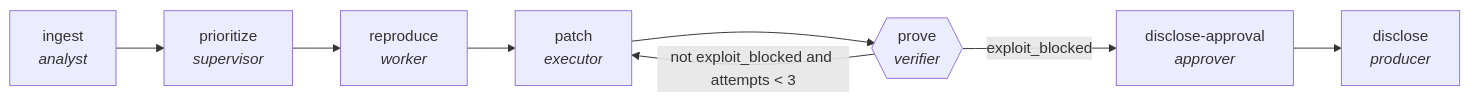
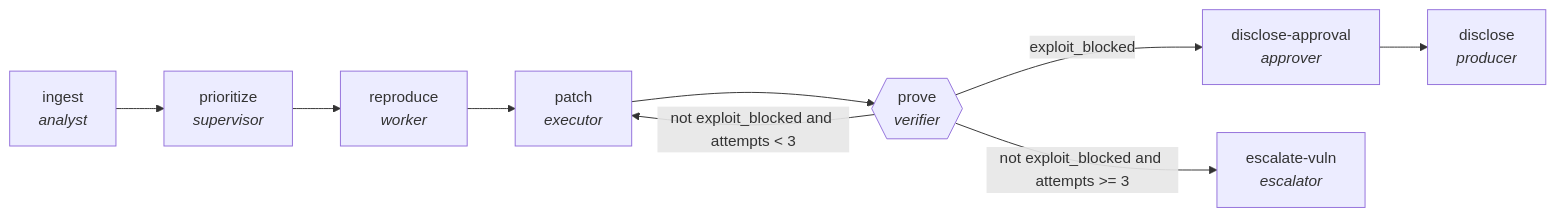
One commit to ypollak2/agenticgraphs changed the diagram in docs/traces/vuln-remediation-lifecycle.md. Above: the diagram before and after it, drawn with Mermaid. The commit also changed 93 other files, not shown here.

First line of the commit message:
v1.8: eleven graphs can now say the work did not get done

````diff
--- a/docs/traces/vuln-remediation-lifecycle.md
+++ b/docs/traces/vuln-remediation-lifecycle.md
@@ -10,17 +10,19 @@
 ```mermaid
 flowchart LR
     N0["ingest<br/><i>analyst</i>"]
     N1["prioritize<br/><i>supervisor</i>"]
     N2["reproduce<br/><i>worker</i>"]
     N3["patch<br/><i>executor</i>"]
     N4{{"prove<br/><i>verifier</i>"}}
     N5["disclose-approval<br/><i>approver</i>"]
     N6["disclose<br/><i>producer</i>"]
+    N7["escalate-vuln<br/><i>escalator</i>"]
     N0 --> N1
     N1 --> N2
     N2 --> N3
     N3 --> N4
     N4 -->|not exploit_blocked and attempts < 3| N3
     N4 -->|exploit_blocked| N5
     N5 --> N6
+    N4 -->|not exploit_blocked and attempts >= 3| N7
 ```
````
